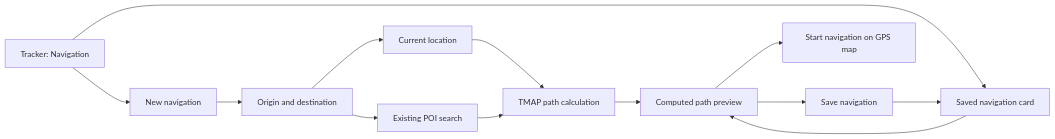
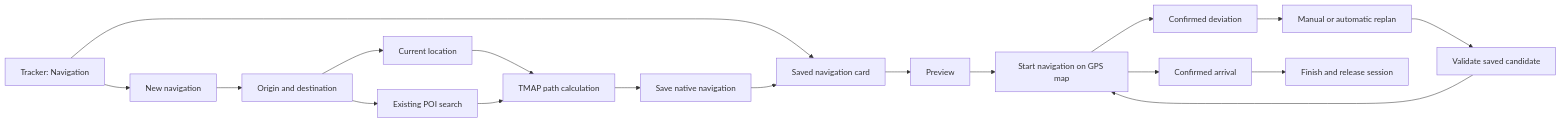
The diagram in docs/uiux/pages/tracker_navigation.md (calorocco-dotcom/trail-mate), drawn with Mermaid before and after one commit. The commit also changed other lines of this file and 399 other files, not shown here.

First line of the commit message:
Improve device widgets, music playback, and native navigation

````diff
--- a/docs/uiux/pages/tracker_navigation.md
+++ b/docs/uiux/pages/tracker_navigation.md
@@ -39,15 +52,20 @@
 ```mermaid
 flowchart LR
     Tracker[Tracker: Navigation] --> New[New navigation]
     Tracker --> Saved[Saved navigation card]
     New --> Endpoints[Origin and destination]
     Endpoints --> Current[Current location]
     Endpoints --> Search[Existing POI search]
     Current --> Calculate[TMAP path calculation]
     Search --> Calculate
-    Calculate --> Preview[Computed path preview]
-    Preview --> Save[Save navigation]
+    Calculate --> Save[Save native navigation]
     Save --> Saved
     Saved --> Preview
     Preview --> Follow[Start navigation on GPS map]
+    Follow --> OffRoute[Confirmed deviation]
+    OffRoute --> Replan[Manual or automatic replan]
+    Replan --> Candidate[Validate saved candidate]
+    Candidate --> Follow
+    Follow --> Arrived[Confirmed arrival]
+    Arrived --> Finish[Finish and release session]
 ```
````
